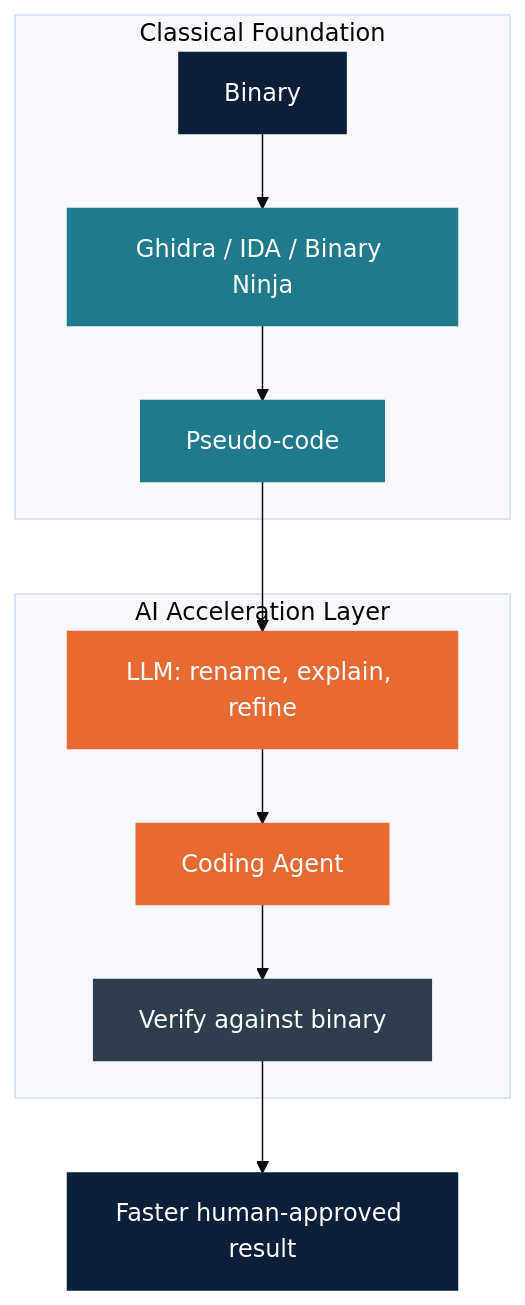
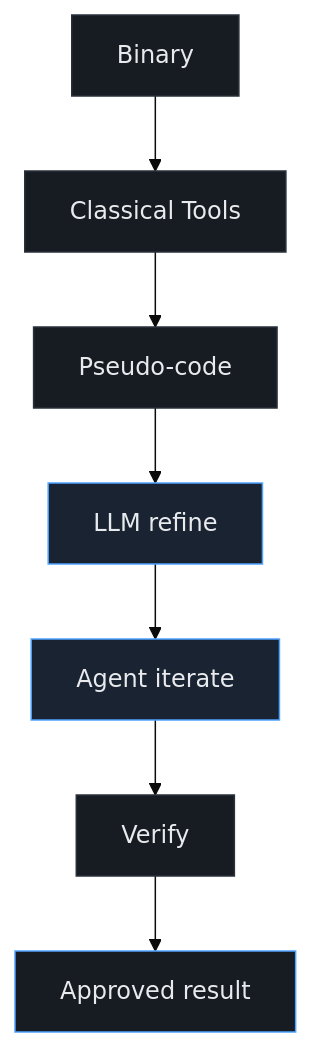
One commit to Ankritjarngal/coding-platform-assignment changed the diagram in seminar/assets/diagram_ai_assisted.mmd. Above: the diagram before and after it, drawn with Mermaid (base theme). The commit also changed 9 other files, not shown here.

```diff
--- a/seminar/assets/diagram_ai_assisted.mmd
+++ b/seminar/assets/diagram_ai_assisted.mmd
@@ -1,21 +1,15 @@
 flowchart TB
-    subgraph classical [Classical Foundation]
-        B[Binary] --> T[Ghidra / IDA / Binary Ninja]
-        T --> P[Pseudo-code]
-    end
+    B[Binary] --> T[Classical Tools]
+    T --> P[Pseudo-code]
+    P --> L[LLM refine]
+    L --> A[Agent iterate]
+    A --> V[Verify]
+    V --> H[Approved result]
 
-    subgraph ai [AI Acceleration Layer]
-        P --> L[LLM: rename, explain, refine]
-        L --> A[Coding Agent]
-        A --> V[Verify against binary]
-    end
-
-    V --> H[Faster human-approved result]
-
-    style B fill:#0B1F3A,stroke:#0B1F3A,color:#fff
-    style T fill:#1F7A8C,stroke:#1F7A8C,color:#fff
-    style P fill:#1F7A8C,stroke:#1F7A8C,color:#fff
-    style L fill:#E86A33,stroke:#E86A33,color:#fff
-    style A fill:#E86A33,stroke:#E86A33,color:#fff
-    style V fill:#2F3E4E,stroke:#2F3E4E,color:#fff
-    style H fill:#0B1F3A,stroke:#0B1F3A,color:#fff
+    style B fill:#171B22,stroke:#2A313B,color:#E8EAED
+    style T fill:#171B22,stroke:#2A313B,color:#E8EAED
+    style P fill:#171B22,stroke:#2A313B,color:#E8EAED
+    style L fill:#1A2332,stroke:#4DA3FF,color:#E8EAED
+    style A fill:#1A2332,stroke:#4DA3FF,color:#E8EAED
+    style V fill:#171B22,stroke:#2A313B,color:#E8EAED
+    style H fill:#171B22,stroke:#4DA3FF,color:#E8EAED
```
